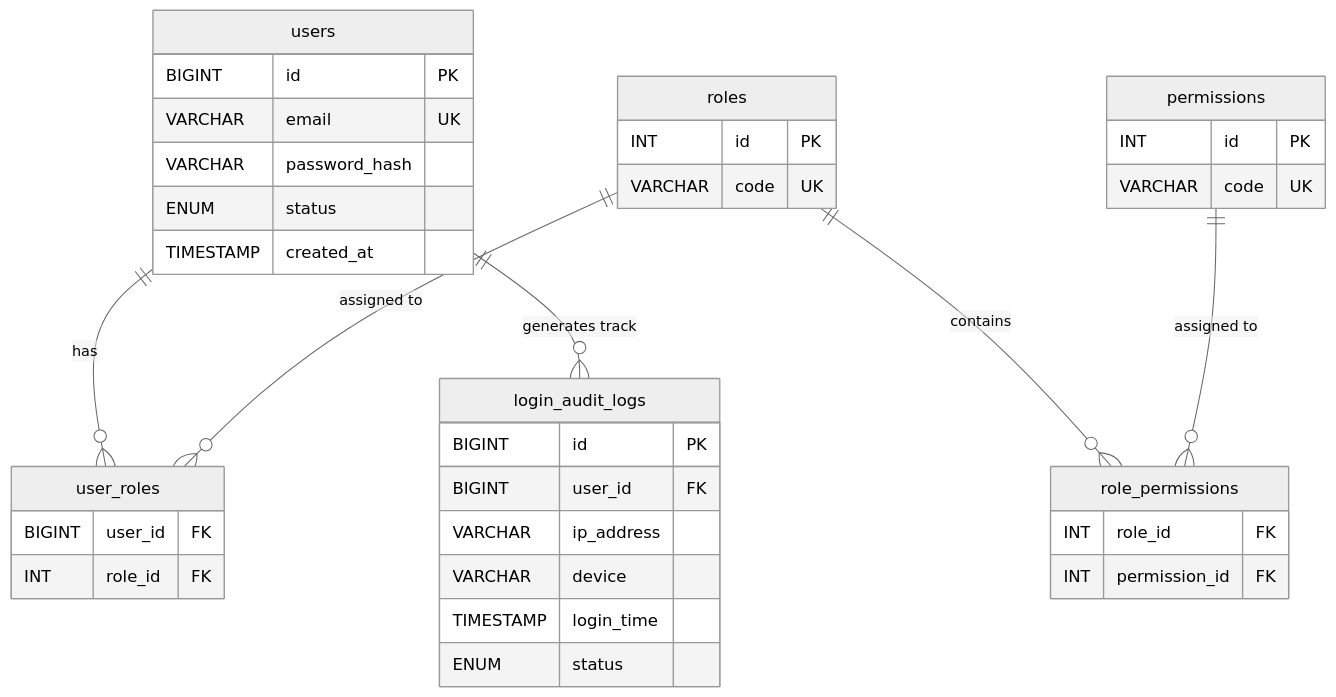
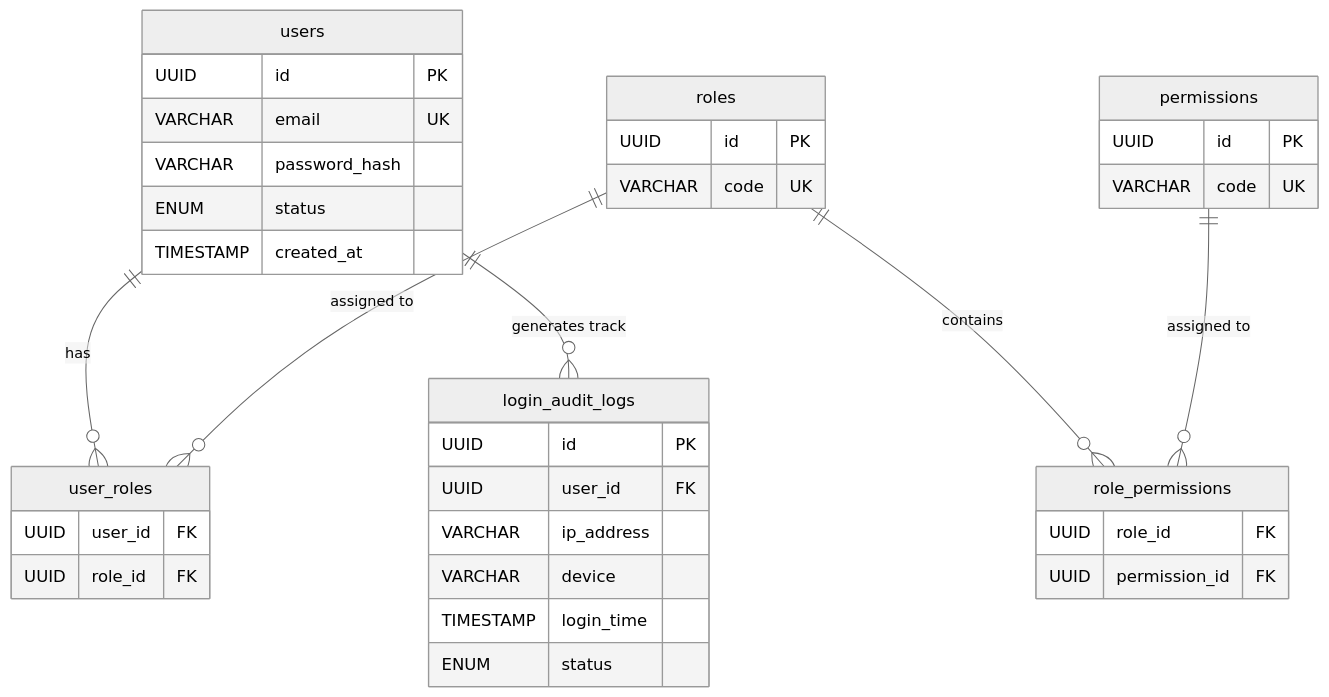
Before and after one commit to ChuNgocThang2704/AI-Slide-Generator: the second of 5 diagrams in README.md, drawn with Mermaid (neutral theme). The commit also changed other lines of this file and 36 other files, not shown here.

````diff
--- a/README.md
+++ b/README.md
@@ -331,40 +331,40 @@
 ```mermaid
 erDiagram
     users ||--o{ user_roles : "has"
     roles ||--o{ user_roles : "assigned to"
     roles ||--o{ role_permissions : "contains"
     permissions ||--o{ role_permissions : "assigned to"
     users ||--o{ login_audit_logs : "generates track"
 
     users {
-        BIGINT id PK
+        UUID id PK
         VARCHAR email UK
         VARCHAR password_hash
         ENUM status
         TIMESTAMP created_at
     }
     roles {
-        INT id PK
+        UUID id PK
         VARCHAR code UK
     }
     permissions {
-        INT id PK
+        UUID id PK
         VARCHAR code UK
     }
     user_roles {
-        BIGINT user_id FK
-        INT role_id FK
+        UUID user_id FK
+        UUID role_id FK
     }
     role_permissions {
-        INT role_id FK
-        INT permission_id FK
+        UUID role_id FK
+        UUID permission_id FK
     }
     login_audit_logs {
-        BIGINT id PK
-        BIGINT user_id FK
+        UUID id PK
+        UUID user_id FK
         VARCHAR ip_address
         VARCHAR device
         TIMESTAMP login_time
         ENUM status
     }
 ```
````
